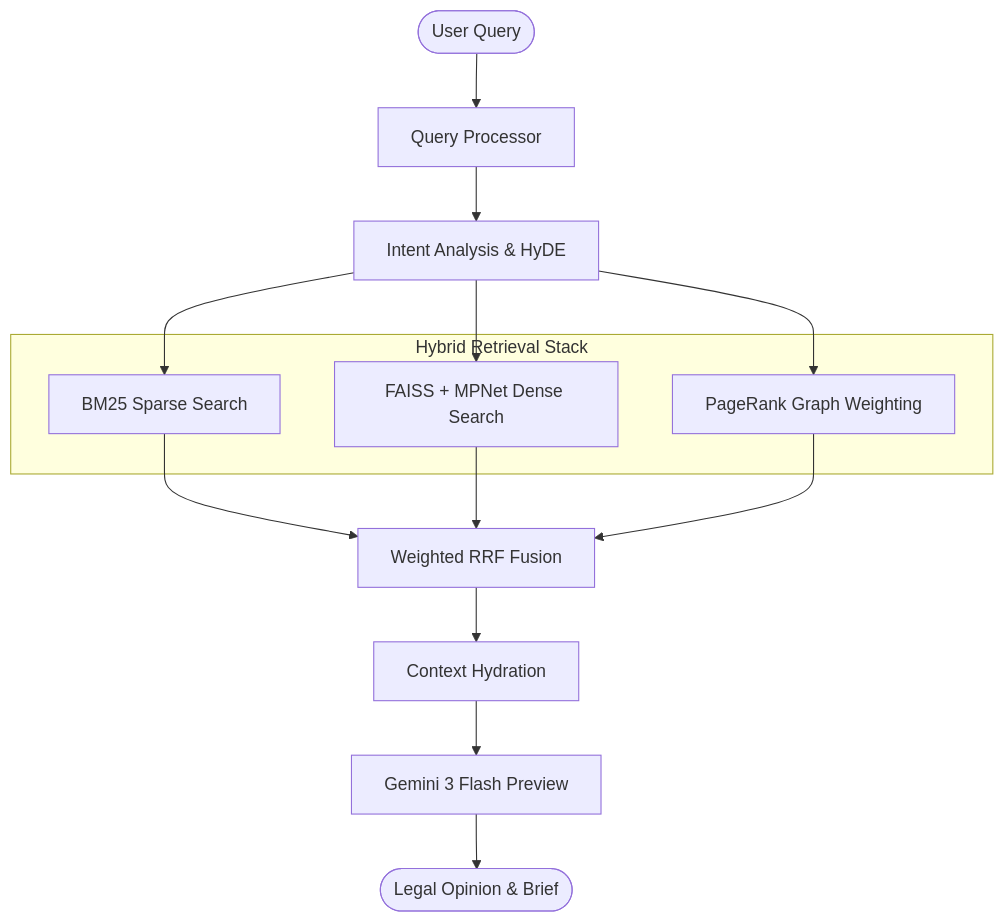
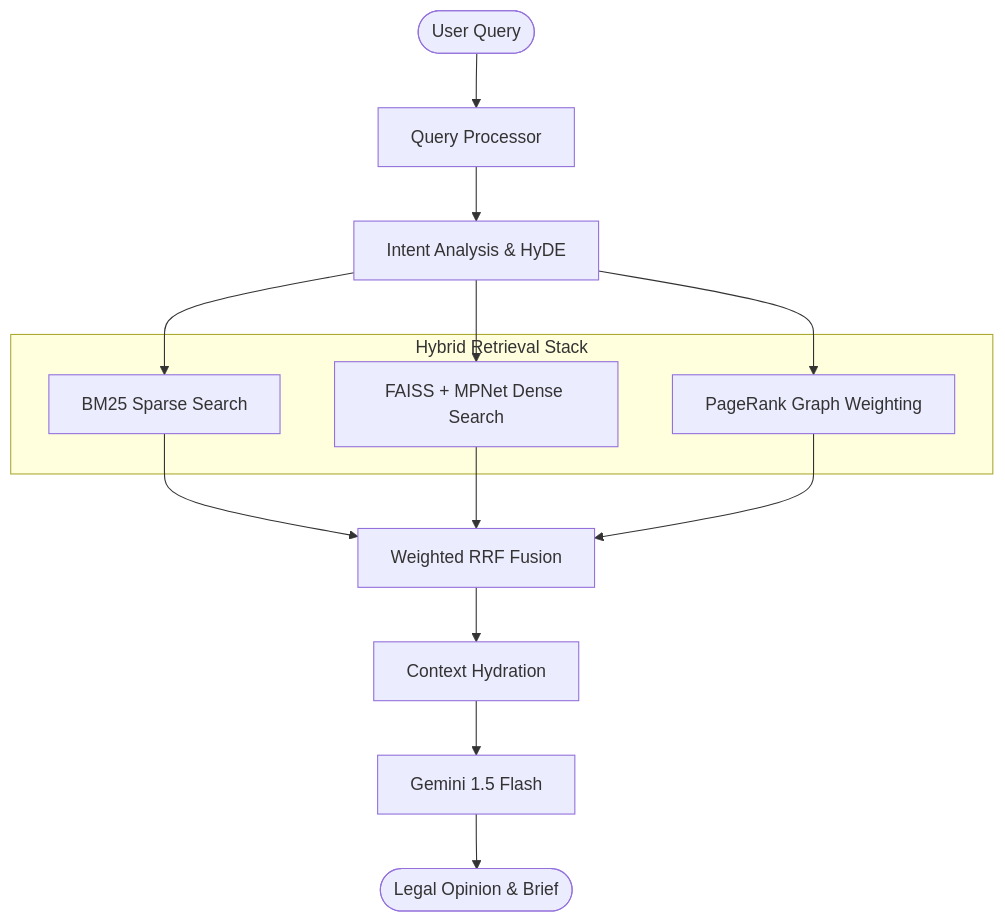
One commit to Ayush99392003/Legal_AI_Backend- changed the diagram in README.md. Above: the diagram before and after it, drawn with Mermaid. The commit also changed other lines of this file, not shown here.

Commit message:
Final production documentation: High-fidelity README with architecture and deployment guides

````diff
--- a/README.md
+++ b/README.md
@@ -13,23 +14,23 @@
 ```mermaid
 graph TD
     User([User Query]) --> Processor[Query Processor]
     Processor --> Decompose[Intent Analysis & HyDE]
     
     subgraph Retrieval_Engine [Hybrid Retrieval Stack]
         Sparse[BM25 Sparse Search]
         Dense[FAISS + MPNet Dense Search]
         Graph[PageRank Graph Weighting]
     end
     
     Decompose --> Sparse
     Decompose --> Dense
     Decompose --> Graph
     
     Sparse --> Fusion[Weighted RRF Fusion]
     Dense --> Fusion
     Graph --> Fusion
     
     Fusion --> Reranker[Context Hydration]
-    Reranker --> LLM[Gemini 3 Flash Preview]
+    Reranker --> LLM[Gemini 1.5 Flash]
     LLM --> Answer([Legal Opinion & Brief])
 ```
````
